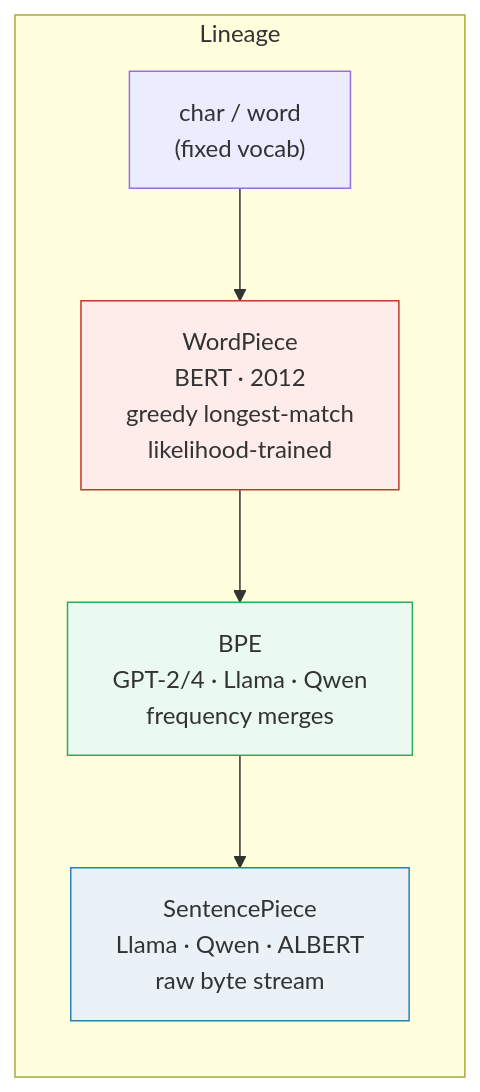
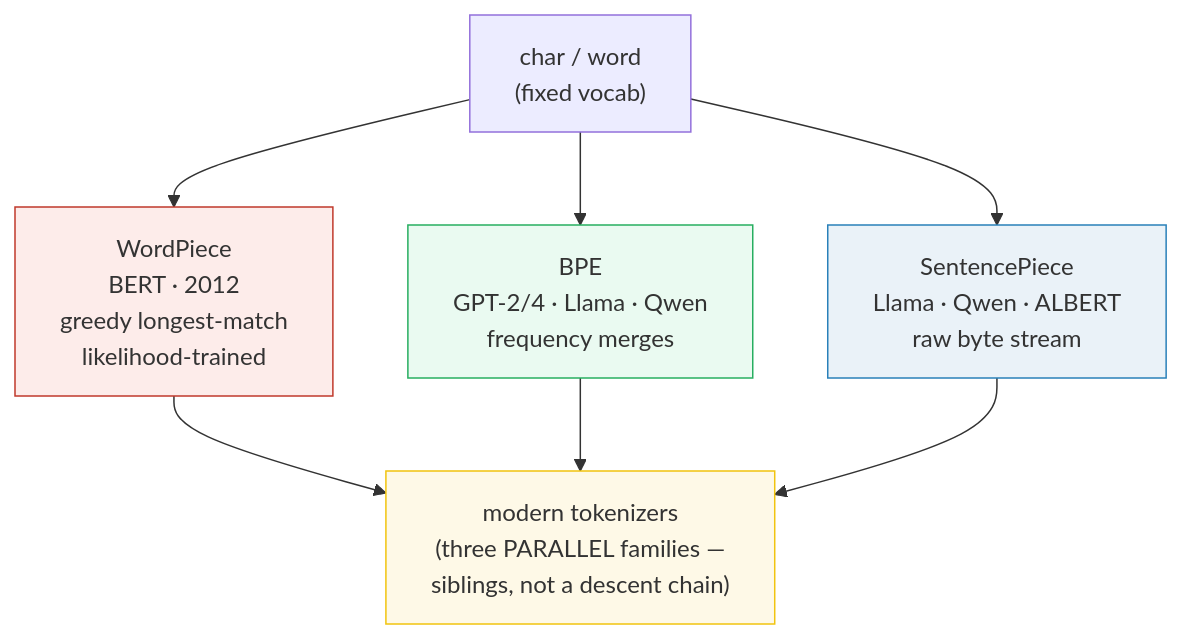
Before and after one commit to quanhua92/tutorials: the third of 9 diagrams in llm/TOKENIZATION.md, drawn with Mermaid. The commit also changed other lines of this file and 42 other files, not shown here.

````diff
--- a/llm/TOKENIZATION.md
+++ b/llm/TOKENIZATION.md
@@ -90,11 +90,14 @@
 ```mermaid
-graph LR
-    subgraph lineage["Lineage"]
-        C["char / word<br/>(fixed vocab)"] --> WP["WordPiece<br/>BERT · 2012<br/>greedy longest-match<br/>likelihood-trained"]
-        WP --> BPE["BPE<br/>GPT-2/4 · Llama · Qwen<br/>frequency merges"]
-        BPE --> SP["SentencePiece<br/>Llama · Qwen · ALBERT<br/>raw byte stream"]
-    end
+graph TD
+    C["char / word<br/>(fixed vocab)"]
+    C --> WP["WordPiece<br/>BERT · 2012<br/>greedy longest-match<br/>likelihood-trained"]
+    C --> BPE["BPE<br/>GPT-2/4 · Llama · Qwen<br/>frequency merges"]
+    C --> SP["SentencePiece<br/>Llama · Qwen · ALBERT<br/>raw byte stream"]
+    WP --> MOD["modern tokenizers<br/>(three PARALLEL families —<br/>siblings, not a descent chain)"]
+    BPE --> MOD
+    SP --> MOD
     style WP fill:#fdecea,stroke:#c0392b
     style BPE fill:#eafaf1,stroke:#27ae60
     style SP fill:#eaf2f8,stroke:#2980b9
+    style MOD fill:#fef9e7,stroke:#f1c40f
 ```
````
